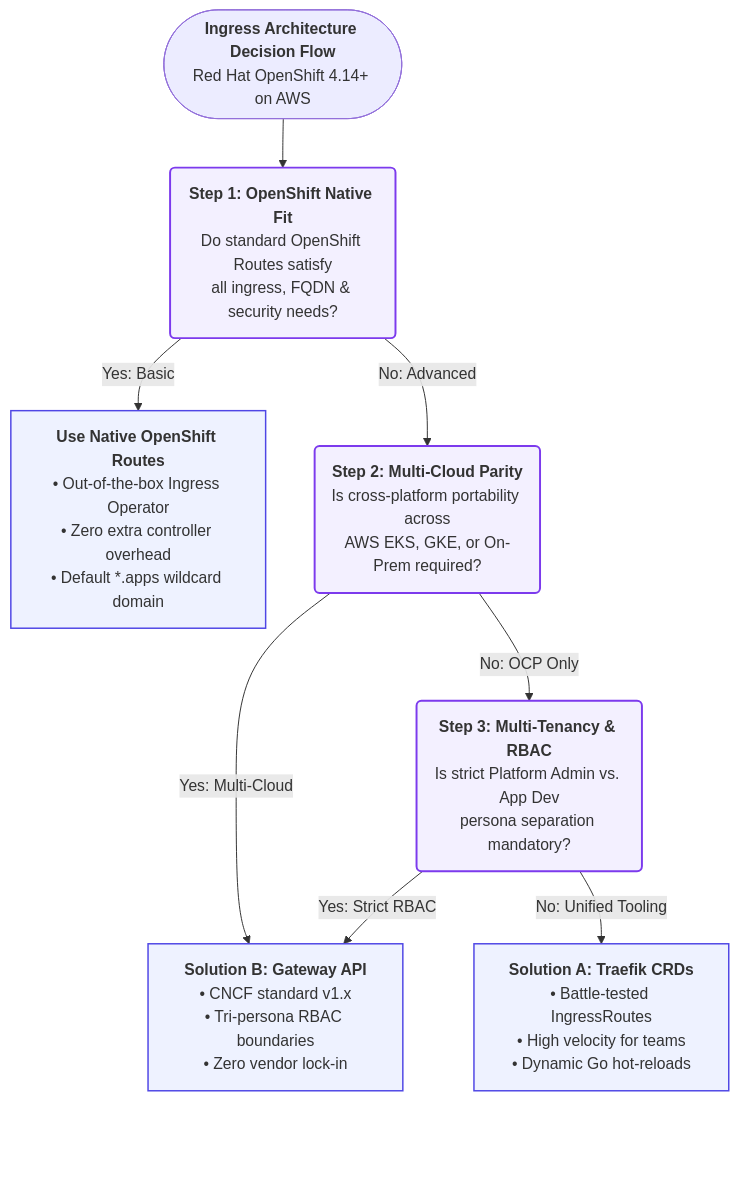
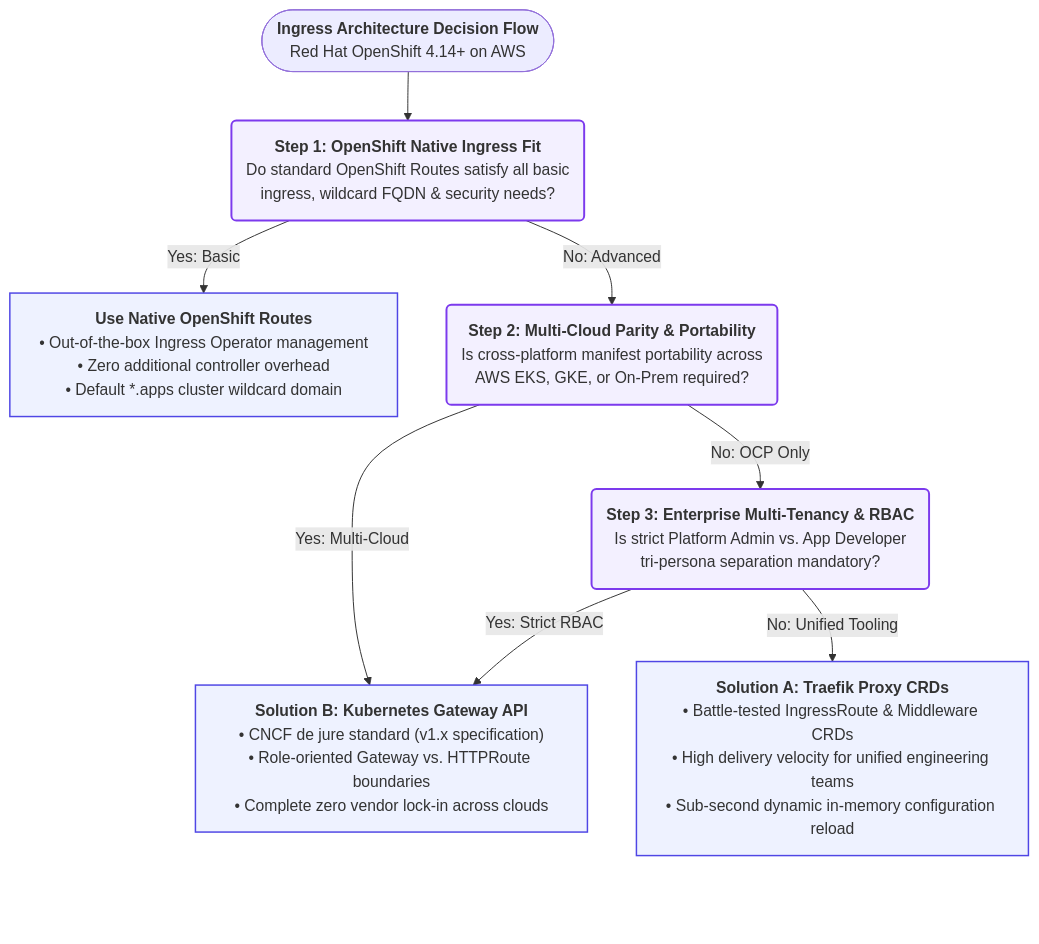
The first of 2 diagrams in COMPARATIVE_MATRIX.md (nubenetes/traefik-fqdn-management-poc-openshift-aws), drawn with Mermaid before and after one commit. The commit also changed other lines of this file and 1 other file, not shown here.

Commit message:
docs(architecture): expand decision framework diagram boxes and document GitHub rendering heuristics

````diff
--- a/COMPARATIVE_MATRIX.md
+++ b/COMPARATIVE_MATRIX.md
@@ -40,36 +40,37 @@
 ```mermaid
+%%{init: {"flowchart": {"wrappingWidth": 340, "nodePadding": 24}}}%%
 flowchart TD
     Start(["<b>Ingress Architecture Decision Flow</b><br/>Red Hat OpenShift 4.14+ on AWS"])
 
-    D1("<b>Step 1: OpenShift Native Fit</b><br/>Do standard OpenShift Routes satisfy<br/>all ingress, FQDN & security needs?")
+    D1("<b>Step 1: OpenShift Native Ingress Fit</b><br/>Do standard OpenShift Routes satisfy all basic<br/>ingress, wildcard FQDN & security needs?")
 
-    NativeRoute["<b>Use Native OpenShift Routes</b><br/>• Out-of-the-box Ingress Operator<br/>• Zero extra controller overhead<br/>• Default *.apps wildcard domain"]
+    NativeRoute["<b>Use Native OpenShift Routes</b><br/>• Out-of-the-box Ingress Operator management<br/>• Zero additional controller overhead<br/>• Default *.apps cluster wildcard domain"]
 
-    D2("<b>Step 2: Multi-Cloud Parity</b><br/>Is cross-platform portability across<br/>AWS EKS, GKE, or On-Prem required?")
+    D2("<b>Step 2: Multi-Cloud Parity & Portability</b><br/>Is cross-platform manifest portability across<br/>AWS EKS, GKE, or On-Prem required?")
 
-    D3("<b>Step 3: Multi-Tenancy & RBAC</b><br/>Is strict Platform Admin vs. App Dev<br/>persona separation mandatory?")
+    D3("<b>Step 3: Enterprise Multi-Tenancy & RBAC</b><br/>Is strict Platform Admin vs. App Developer<br/>tri-persona separation mandatory?")
 
-    SolB["<b>Solution B: Gateway API</b><br/>• CNCF standard v1.x<br/>• Tri-persona RBAC boundaries<br/>• Zero vendor lock-in"]
+    SolB["<b>Solution B: Kubernetes Gateway API</b><br/>• CNCF de jure standard (v1.x specification)<br/>• Role-oriented Gateway vs. HTTPRoute boundaries<br/>• Complete zero vendor lock-in across clouds"]
 
-    SolA["<b>Solution A: Traefik CRDs</b><br/>• Battle-tested IngressRoutes<br/>• High velocity for teams<br/>• Dynamic Go hot-reloads"]
+    SolA["<b>Solution A: Traefik Proxy CRDs</b><br/>• Battle-tested IngressRoute & Middleware CRDs<br/>• High delivery velocity for unified engineering teams<br/>• Sub-second dynamic in-memory configuration reload"]
 
     Start --> D1
     D1 -->|"Yes: Basic"| NativeRoute
     D1 -->|"No: Advanced"| D2
 
     D2 -->|"Yes: Multi-Cloud"| SolB
     D2 -->|"No: OCP Only"| D3
 
     D3 -->|"Yes: Strict RBAC"| SolB
     D3 -->|"No: Unified Tooling"| SolA
 
     SolB ~~~ PadB[" "]
     SolA ~~~ PadA[" "]
 
     classDef decision fill:#f3f0ff,stroke:#7c3aed,stroke-width:2px;
     classDef outcome fill:#eef2ff,stroke:#4f46e5,stroke-width:1.5px;
     class D1,D2,D3 decision;
     class NativeRoute,SolA,SolB outcome;
     style PadA fill:none,stroke:none;
     style PadB fill:none,stroke:none;
 ```
````
